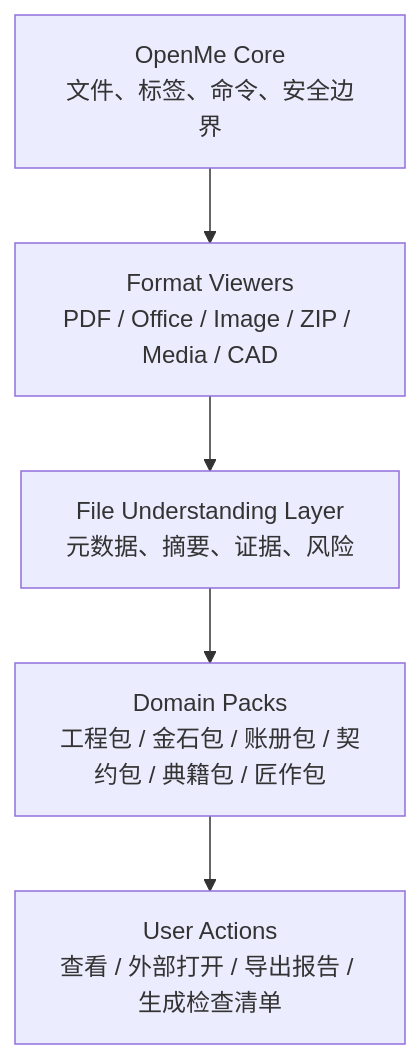
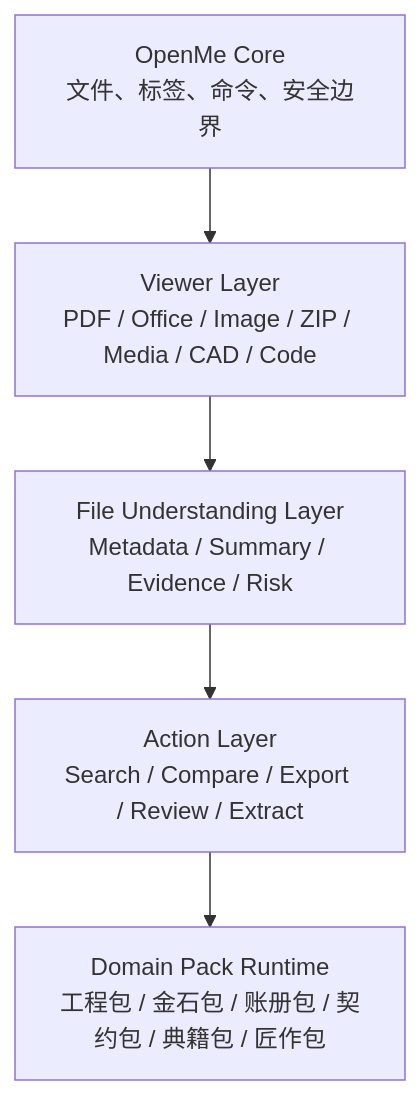
Before and after one commit to wuxi304-collab/openme: the diagram in README.md, drawn with Mermaid. The commit also changed other lines of this file, not shown here.

````diff
--- a/README.md
+++ b/README.md
@@ -185,7 +128,7 @@
 ```mermaid
 graph TD
-  A[OpenMe Core<br/>文件、标签、命令、安全边界] --> B[Format Viewers<br/>PDF / Office / Image / ZIP / Media / CAD]
-  B --> C[File Understanding Layer<br/>元数据、摘要、证据、风险]
-  C --> D[Domain Packs<br/>工程包 / 金石包 / 账册包 / 契约包 / 典籍包 / 匠作包]
-  D --> E[User Actions<br/>查看 / 外部打开 / 导出报告 / 生成检查清单]
+  A[OpenMe Core<br/>文件、标签、命令、安全边界] --> B[Viewer Layer<br/>PDF / Office / Image / ZIP / Media / CAD / Code]
+  B --> C[File Understanding Layer<br/>Metadata / Summary / Evidence / Risk]
+  C --> D[Action Layer<br/>Search / Compare / Export / Review / Extract]
+  D --> E[Domain Pack Runtime<br/>工程包 / 金石包 / 账册包 / 契约包 / 典籍包 / 匠作包]
 ```
````
